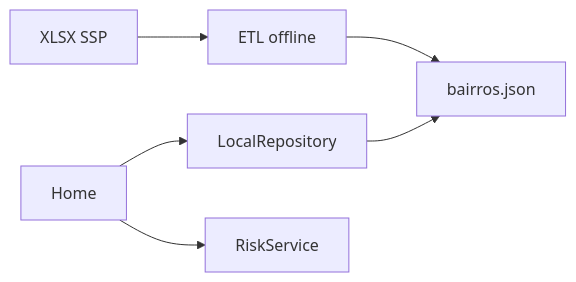
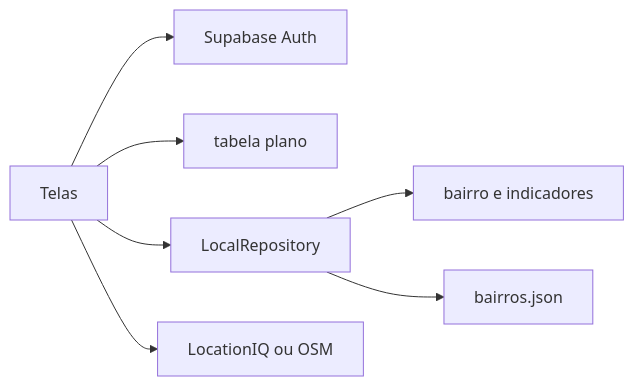
Before and after one commit to Senador2006/SafePlace_App_Documentation: the third of 3 diagrams in docs/dados.md, drawn with Mermaid. The commit also changed other lines of this file and 26 other files, not shown here.

````diff
--- a/docs/dados.md
+++ b/docs/dados.md
@@ -96,8 +92,9 @@
 ```mermaid
 flowchart LR
-  SSP[XLSX SSP] --> ETL[ETL offline]
-  ETL --> JSON[bairros.json]
-  UI[Home] --> Repo[LocalRepository]
-  Repo --> JSON
-  UI --> Risk[RiskService]
+  UI[Telas] --> Auth[Supabase Auth]
+  UI --> Plano[tabela plano]
+  UI --> Repo[LocalRepository]
+  Repo --> DB[bairro e indicadores]
+  Repo --> JSON[bairros.json]
+  UI --> Mapa[LocationIQ ou OSM]
 ```
````
